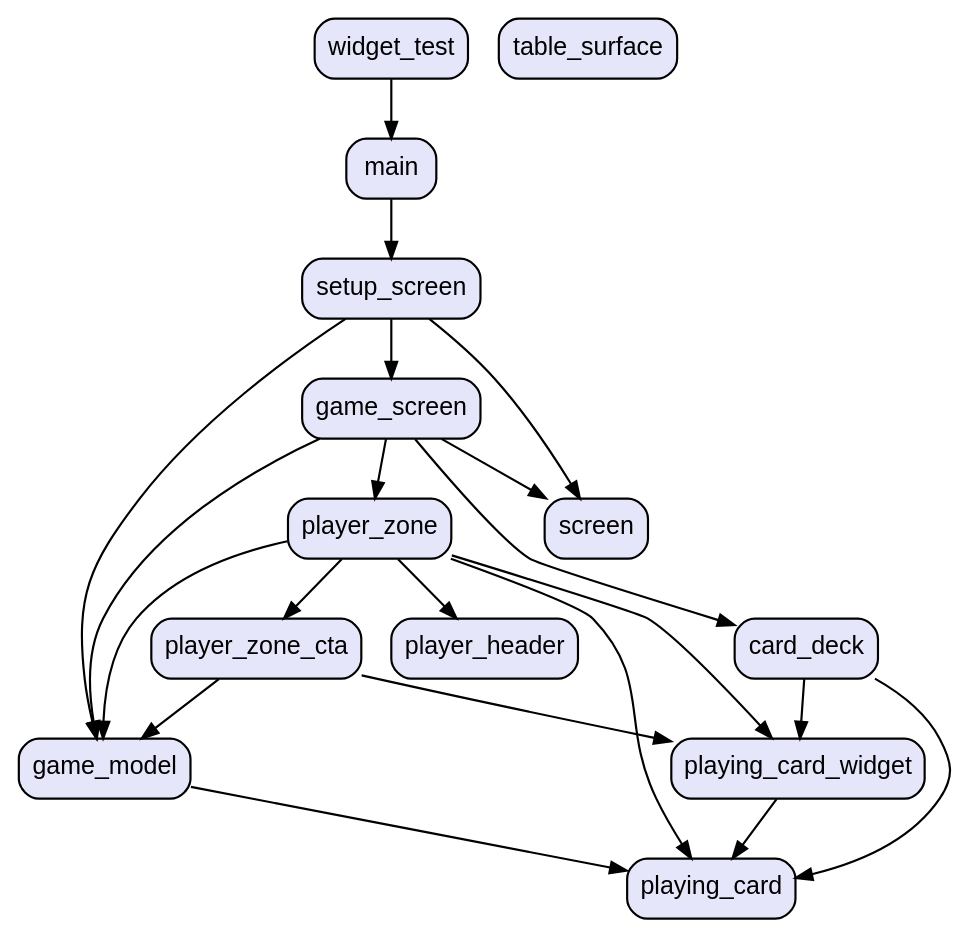
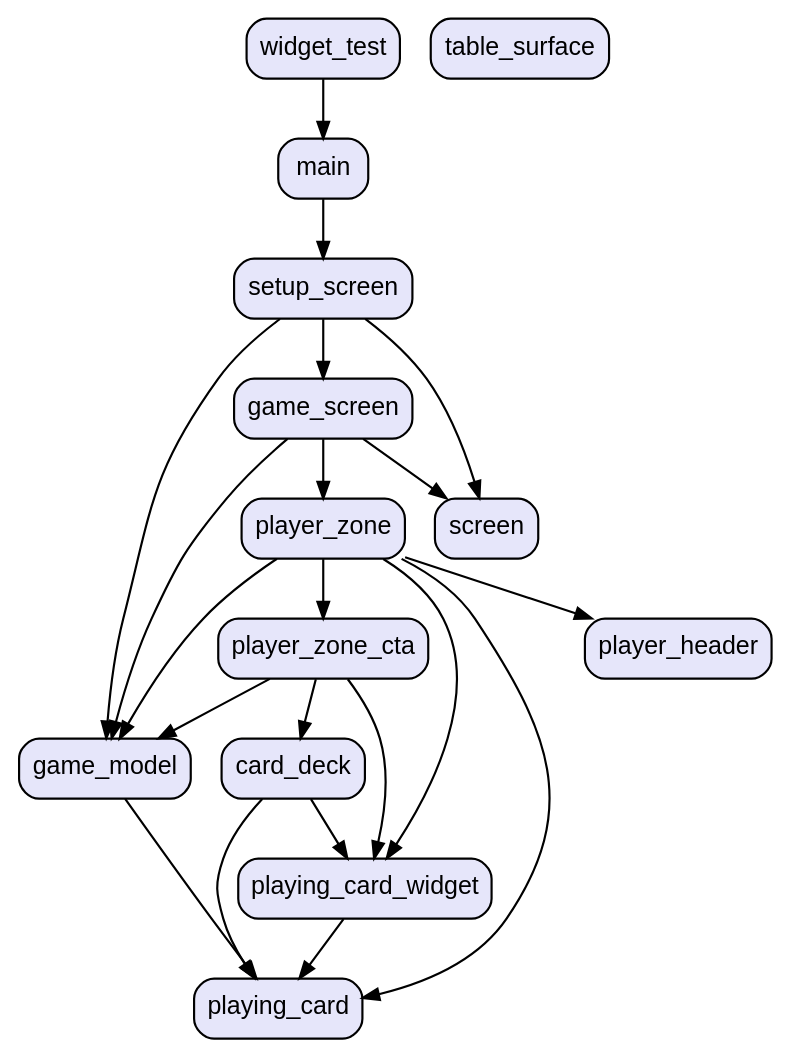
The diagram in graph.dot (vteam-com/Cards), drawn with Graphviz before and after one commit. The commit also changed 7 other files, not shown here.

```diff
--- a/graph.dot
+++ b/graph.dot
@@ -1,38 +1,38 @@
 digraph "" {
   graph [style=rounded fontname="Arial Black" fontsize=13 penwidth=2.6];
   node [shape=rect style="filled,rounded" fontname=Arial fontsize=15 fillcolor=Lavender penwidth=1.3];
   edge [penwidth=1.3];
   "/lib/game_model.dart" [label="game_model"];
   "/lib/main.dart" [label="main"];
   "/lib/screens/game_screen.dart" [label="game_screen"];
   "/lib/screens/setup_screen.dart" [label="setup_screen"];
   "/lib/widgets/card_deck.dart" [label="card_deck"];
   "/lib/widgets/player_header.dart" [label="player_header"];
   "/lib/widgets/player_zone.dart" [label="player_zone"];
   "/lib/widgets/player_zone_cta.dart" [label="player_zone_cta"];
   "/lib/widgets/playing_card.dart" [label="playing_card"];
   "/lib/widgets/playing_card_widget.dart" [label="playing_card_widget"];
   "/lib/widgets/screen.dart" [label="screen"];
   "/lib/widgets/table_surface.dart" [label="table_surface"];
   "/test/widget_test.dart" [label="widget_test"];
   "/lib/game_model.dart" -> "/lib/widgets/playing_card.dart";
   "/lib/main.dart" -> "/lib/screens/setup_screen.dart";
-  "/lib/screens/game_screen.dart" -> "/lib/widgets/card_deck.dart";
   "/lib/screens/game_screen.dart" -> "/lib/widgets/player_zone.dart";
   "/lib/screens/game_screen.dart" -> "/lib/widgets/screen.dart";
   "/lib/screens/game_screen.dart" -> "/lib/game_model.dart";
   "/lib/screens/setup_screen.dart" -> "/lib/game_model.dart";
   "/lib/screens/setup_screen.dart" -> "/lib/screens/game_screen.dart";
   "/lib/screens/setup_screen.dart" -> "/lib/widgets/screen.dart";
   "/lib/widgets/card_deck.dart" -> "/lib/widgets/playing_card.dart";
   "/lib/widgets/card_deck.dart" -> "/lib/widgets/playing_card_widget.dart";
   "/lib/widgets/player_zone.dart" -> "/lib/game_model.dart";
   "/lib/widgets/player_zone.dart" -> "/lib/widgets/player_header.dart";
   "/lib/widgets/player_zone.dart" -> "/lib/widgets/player_zone_cta.dart";
   "/lib/widgets/player_zone.dart" -> "/lib/widgets/playing_card.dart";
   "/lib/widgets/player_zone.dart" -> "/lib/widgets/playing_card_widget.dart";
   "/lib/widgets/player_zone_cta.dart" -> "/lib/game_model.dart";
+  "/lib/widgets/player_zone_cta.dart" -> "/lib/widgets/card_deck.dart";
   "/lib/widgets/player_zone_cta.dart" -> "/lib/widgets/playing_card_widget.dart";
   "/lib/widgets/playing_card_widget.dart" -> "/lib/widgets/playing_card.dart";
   "/test/widget_test.dart" -> "/lib/main.dart";
 }
```
